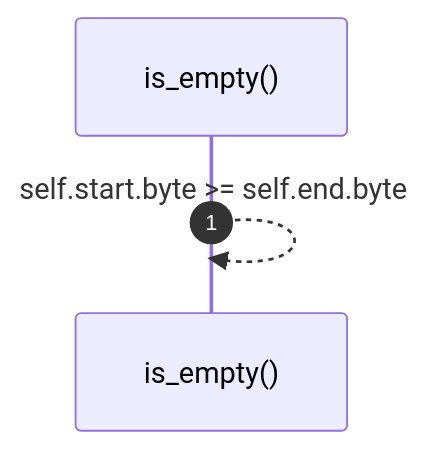
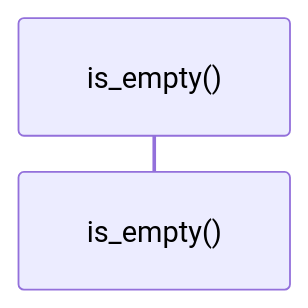
One commit to RyanGuild/self-describing-code changed the third of 4 diagrams in docs/self-model/robby_ir/span/impl-span.md. Above: the diagram before and after it, drawn with Mermaid. The commit also changed other lines of this file and 1404 other files, not shown here.

````diff
--- a/docs/self-model/robby_ir/span/impl-span.md
+++ b/docs/self-model/robby_ir/span/impl-span.md
@@ -107,6 +148,5 @@
 ```mermaid
 sequenceDiagram
     autonumber
     participant is_empty as is_empty()
-    is_empty-->>is_empty: self.start.byte >= self.end.byte
 ```
````
